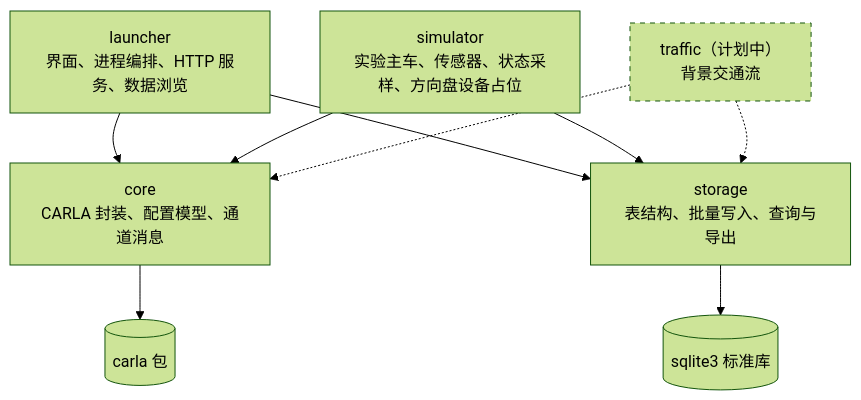
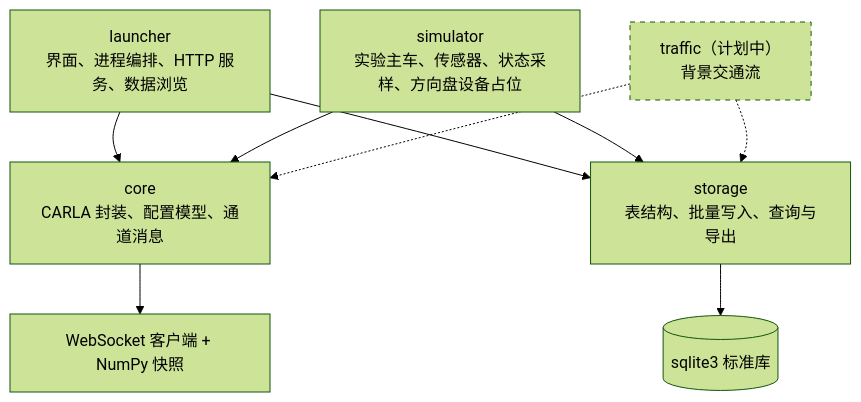
One commit to ZiyuZ/DRISCA changed the second of 5 diagrams in docs/design/01-Architecture.md. Above: the diagram before and after it, drawn with Mermaid (forest theme). The commit also changed other lines of this file and 49 other files, not shown here.

Commit message:
feat: 接入原生 WebSocket 实验接口并完善管理界面

````diff
--- a/docs/design/01-Architecture.md
+++ b/docs/design/01-Architecture.md
@@ -72,21 +74,21 @@
 ```mermaid
 flowchart TD
     launcher["launcher<br/>界面、进程编排、HTTP 服务、数据浏览"]
     simulator["simulator<br/>实验主车、传感器、状态采样、方向盘设备占位"]
     traffic["traffic（计划中）<br/>背景交通流"]
 
     core["core<br/>CARLA 封装、配置模型、通道消息"]
     storage["storage<br/>表结构、批量写入、查询与导出"]
 
     launcher --> core
     launcher --> storage
     simulator --> core
     simulator --> storage
     traffic -.-> core
     traffic -.-> storage
 
-    core --> carla_pkg[("carla 包")]
+    core --> native_api["WebSocket 客户端 + NumPy 快照"]
     storage --> sqlite_pkg[("sqlite3 标准库")]
 
     style traffic stroke-dasharray: 5 5
 ```
````
